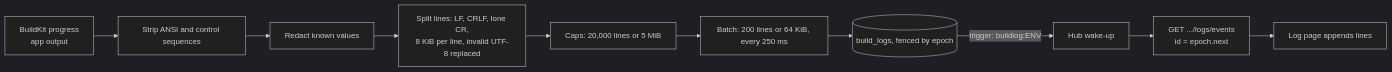
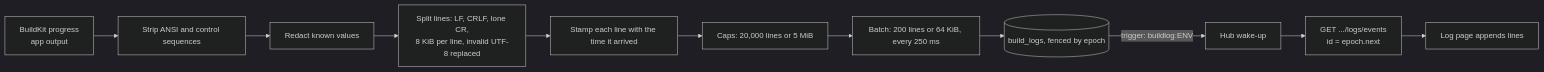
Diagram 36 of 44 in technical-docs/inside-previa.md (ajaykathwate/Previa), drawn with Mermaid (dark theme) before and after one commit. The commit also changed other lines of this file and 19 other files, not shown here.

````diff
--- a/technical-docs/inside-previa.md
+++ b/technical-docs/inside-previa.md
@@ -2320,12 +2594,13 @@
 ```mermaid
 flowchart LR
     BK[BuildKit progress<br/>app output] --> S1[Strip ANSI and control sequences]
     S1 --> S2[Redact known values]
     S2 --> S3[Split lines: LF, CRLF, lone CR,<br/>8 KiB per line, invalid UTF-8 replaced]
-    S3 --> S4[Caps: 20,000 lines or 5 MiB]
+    S3 --> S3a[Stamp each line with the time it arrived]
+    S3a --> S4[Caps: 20,000 lines or 5 MiB]
     S4 --> S5[Batch: 200 lines or 64 KiB, every 250 ms]
     S5 --> DB[(build_logs, fenced by epoch)]
     DB -->|trigger: buildlog:ENV| H[Hub wake-up]
     H --> SSE[GET .../logs/events<br/>id = epoch.next]
     SSE --> UI[Log page appends lines]
 ```
````
